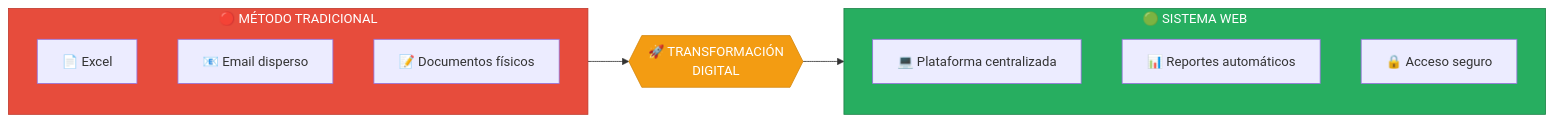
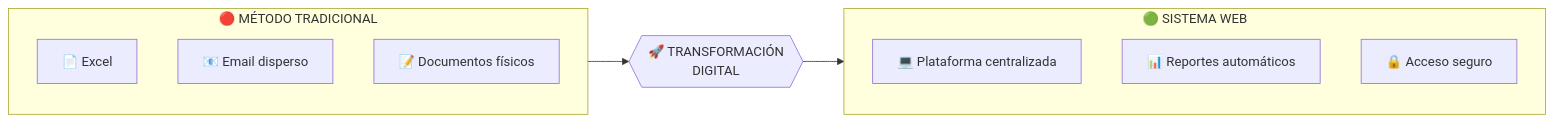
One commit to decagraff/LCService changed the second of 4 diagrams in docs/01-introduccion.md. Above: the diagram before and after it, drawn with Mermaid. The commit also changed other lines of this file and 7 other files, not shown here.

````diff
--- a/docs/01-introduccion.md
+++ b/docs/01-introduccion.md
@@ -58,23 +55,20 @@
 ```mermaid
 flowchart LR
     subgraph tradicional["🔴 MÉTODO TRADICIONAL"]
         T1["📄 Excel"]
         T2["📧 Email disperso"]
         T3["📝 Documentos físicos"]
     end
 
     TD{{"🚀 TRANSFORMACIÓN<br/>DIGITAL"}}
 
     subgraph moderno["🟢 SISTEMA WEB"]
         M1["💻 Plataforma centralizada"]
         M2["📊 Reportes automáticos"]
         M3["🔒 Acceso seguro"]
     end
 
     tradicional --> TD
     TD --> moderno
 
-    style tradicional fill:#e74c3c,stroke:#c0392b,color:#fff
-    style TD fill:#f39c12,stroke:#d68910,color:#fff
-    style moderno fill:#27ae60,stroke:#1e8449,color:#fff
 ```
````
